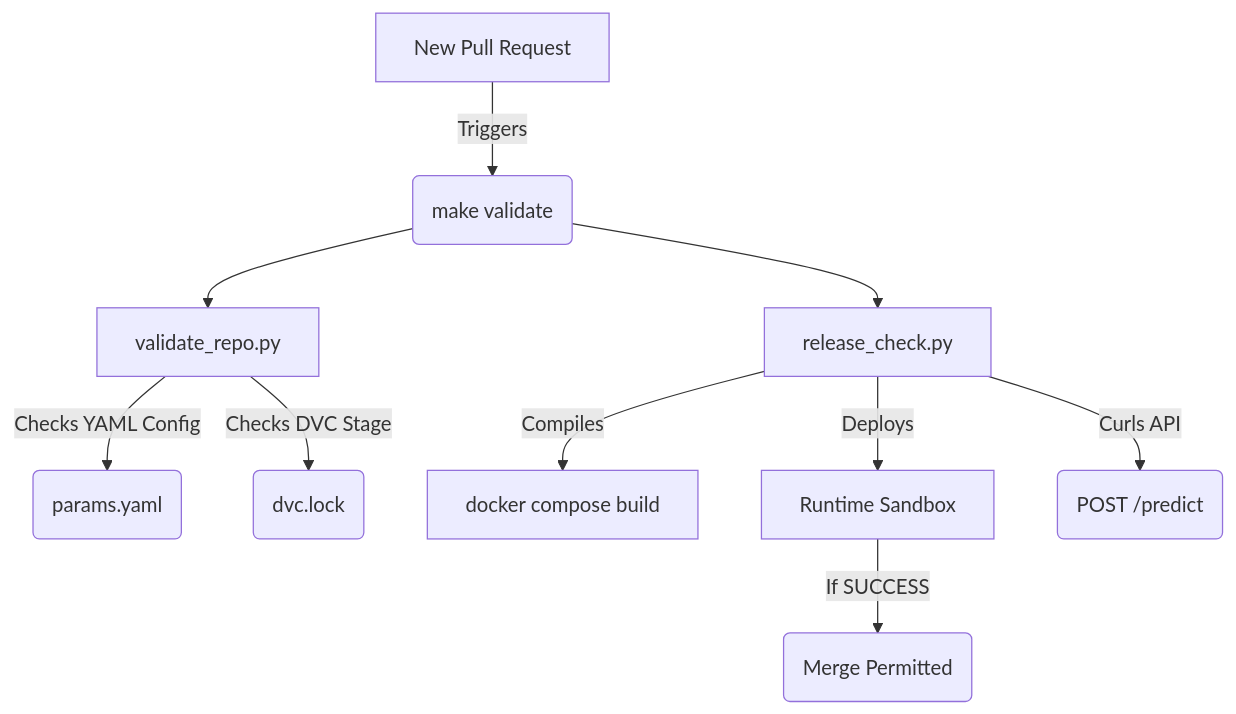
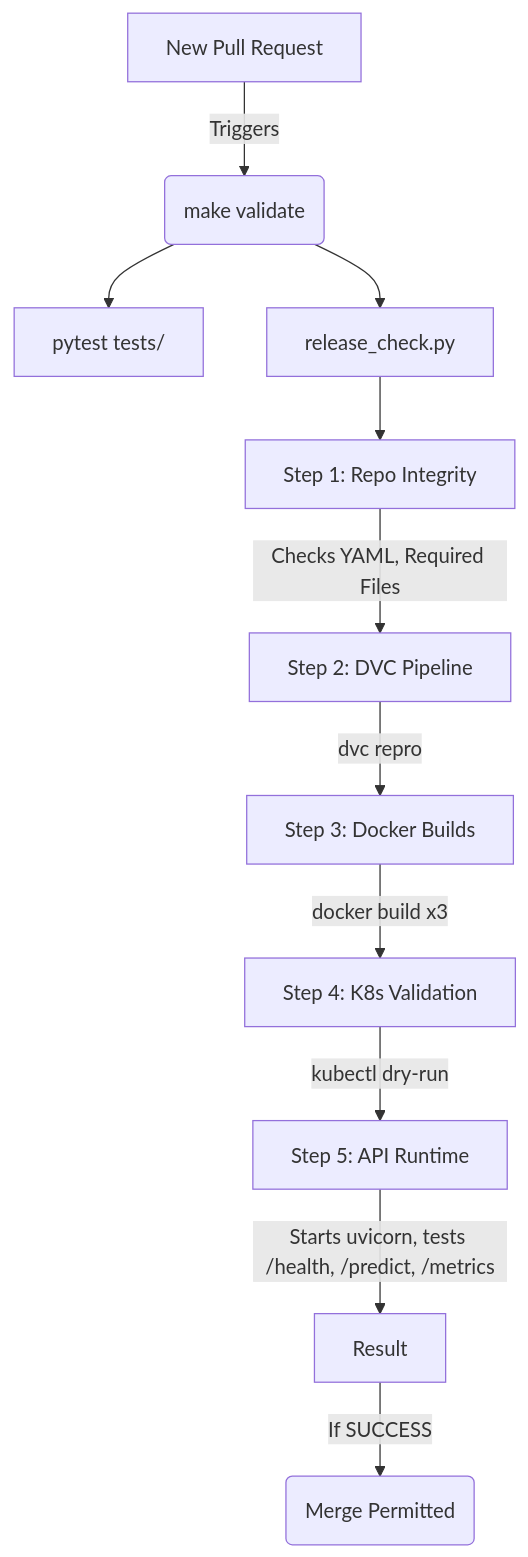
The diagram in validation/README.md (iammohith/MLOps-System-For-Clinical-Treatment-Outcome-Prediction), drawn with Mermaid before and after one commit. The commit also changed other lines of this file and 25 other files, not shown here.

````diff
--- a/validation/README.md
+++ b/validation/README.md
@@ -34,15 +34,16 @@
 ```mermaid
 graph TD
     PR[New Pull Request] -->|Triggers| Make(make validate)
     
-    Make --> Repo[validate_repo.py]
-    Repo -->|Checks YAML Config| Y(params.yaml)
-    Repo -->|Checks DVC Stage| D(dvc.lock)
+    Make --> Tests[pytest tests/]
+    Make --> Runtime[release_check.py]
     
-    Make --> Runtime[release_check.py]
-    Runtime -->|Compiles| Images[docker compose build]
-    Runtime -->|Deploys| Containers[Runtime Sandbox]
-    Runtime -->|Curls API| Endpoint(POST /predict)
+    Runtime --> Step1[Step 1: Repo Integrity]
+    Step1 -->|Checks YAML, Required Files| Step2[Step 2: DVC Pipeline]
+    Step2 -->|dvc repro| Step3[Step 3: Docker Builds]
+    Step3 -->|docker build x3| Step4[Step 4: K8s Validation]
+    Step4 -->|kubectl dry-run| Step5[Step 5: API Runtime]
+    Step5 -->|Starts uvicorn, tests /health, /predict, /metrics| Result
     
-    Containers --> |If SUCCESS| Merge(Merge Permitted)
+    Result -->|If SUCCESS| Merge(Merge Permitted)
 ```
````
